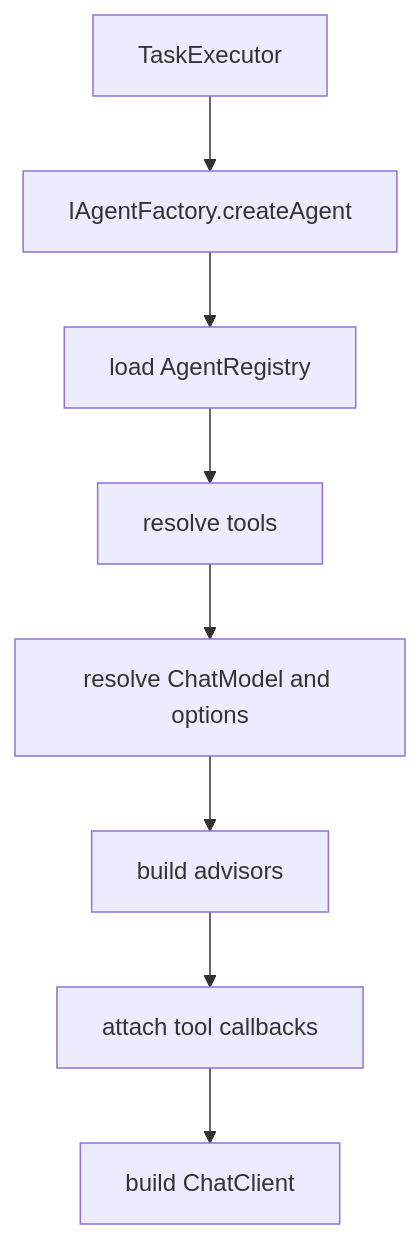
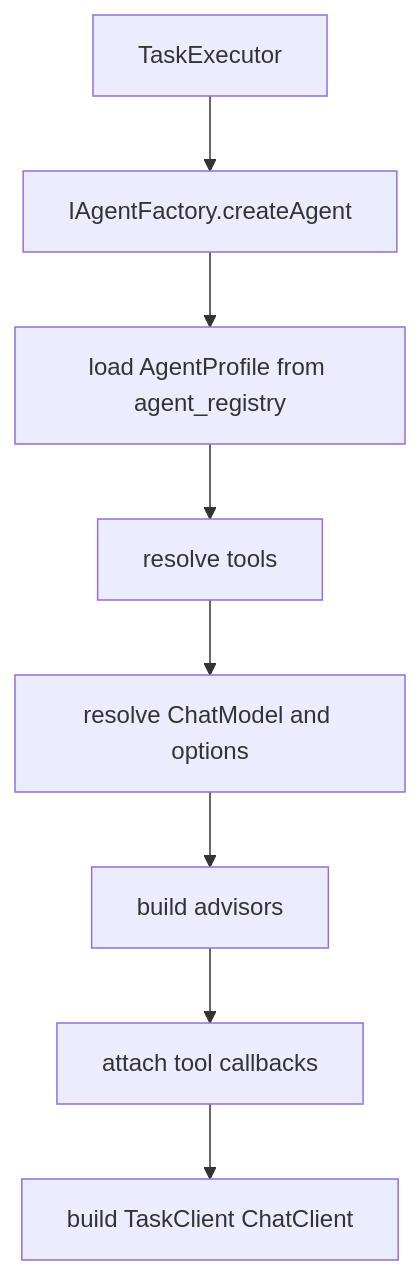
The first of 2 diagrams in docs/design/06-agent-factory-and-tools.md (letmetocode/agent), drawn with Mermaid before and after one commit. The commit also changed other lines of this file and 115 other files, not shown here.

````diff
--- a/docs/design/06-agent-factory-and-tools.md
+++ b/docs/design/06-agent-factory-and-tools.md
@@ -11,10 +15,10 @@
 ```mermaid
 flowchart TD
     A[TaskExecutor] --> B[IAgentFactory.createAgent]
-    B --> C[load AgentRegistry]
+    B --> C[load AgentProfile from agent_registry]
     C --> D[resolve tools]
     D --> E[resolve ChatModel and options]
     E --> F[build advisors]
     F --> G[attach tool callbacks]
-    G --> H[build ChatClient]
+    G --> H[build TaskClient ChatClient]
 ```
````
